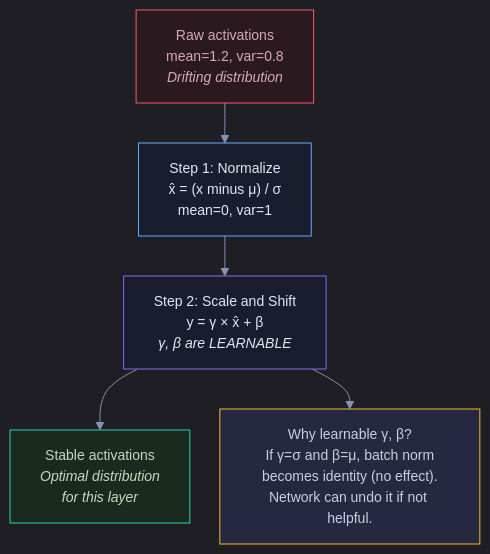
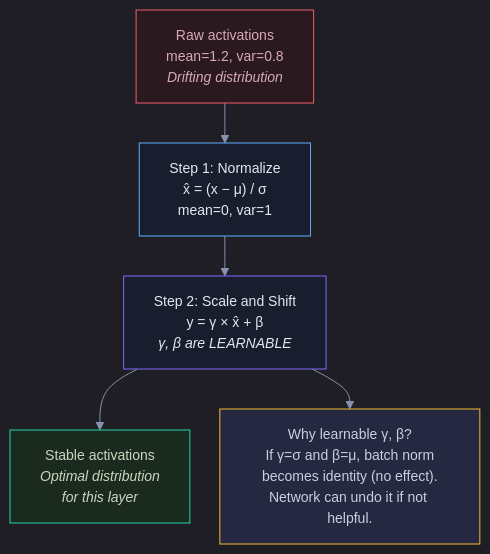
One commit to snehith1234/StudyCircle changed the tenth of 18 diagrams in Documents/Visual_Guides/Deep_Learning/Neural_Network_Fundamentals_Visual.md. Above: the diagram before and after it, drawn with Mermaid. The commit also changed other lines of this file and 7 other files, not shown here.

Commit message:
Fix minus/neg in Mermaid: use proper − symbol instead of words

````diff
--- a/Documents/Visual_Guides/Deep_Learning/Neural_Network_Fundamentals_Visual.md
+++ b/Documents/Visual_Guides/Deep_Learning/Neural_Network_Fundamentals_Visual.md
@@ -288,15 +288,15 @@
 ```mermaid
 %%{init: {'theme': 'dark', 'themeVariables': {'darkMode': true, 'background': '#0e1117', 'primaryColor': '#1a1d2e', 'primaryTextColor': '#e2e8f0', 'primaryBorderColor': '#2d3148', 'lineColor': '#8892b0', 'secondaryColor': '#252840', 'tertiaryColor': '#1a1d2e', 'fontSize': '14px', 'edgeLabelBackground': '#0e1117'}, 'flowchart': {'nodeSpacing': 30, 'rankSpacing': 40, 'padding': 15, 'htmlLabels': true}}}%%
 graph TD
-    INPUT["Raw activations<br/>mean=1.2, var=0.8<br/><i>Drifting distribution</i>"] --> NORM["Step 1: Normalize<br/>x̂ = (x minus μ) / σ<br/>mean=0, var=1"]
+    INPUT["Raw activations<br/>mean=1.2, var=0.8<br/><i>Drifting distribution</i>"] --> NORM["Step 1: Normalize<br/>x̂ = (x − μ) / σ<br/>mean=0, var=1"]
     NORM --> SCALE["Step 2: Scale and Shift<br/>y = γ × x̂ + β<br/><i>γ, β are LEARNABLE</i>"]
     SCALE --> OUTPUT["Stable activations<br/><i>Optimal distribution<br/>for this layer</i>"]
 
     SCALE --> WHY["Why learnable γ, β?<br/>If γ=σ and β=μ, batch norm<br/>becomes identity (no effect).<br/>Network can undo it if not helpful."]
 
     style INPUT fill:#2a1a1f,stroke:#f45d6d,color:#d8a8b8
     style NORM fill:#1a1d2e,stroke:#5eaeff,color:#e2e8f0
     style SCALE fill:#1a1d2e,stroke:#7c6aff,color:#e2e8f0
     style OUTPUT fill:#1a2a1f,stroke:#22d3a7,color:#c8d8c0
     style WHY fill:#252840,stroke:#f5b731,color:#c8cfe0
 ```
````
